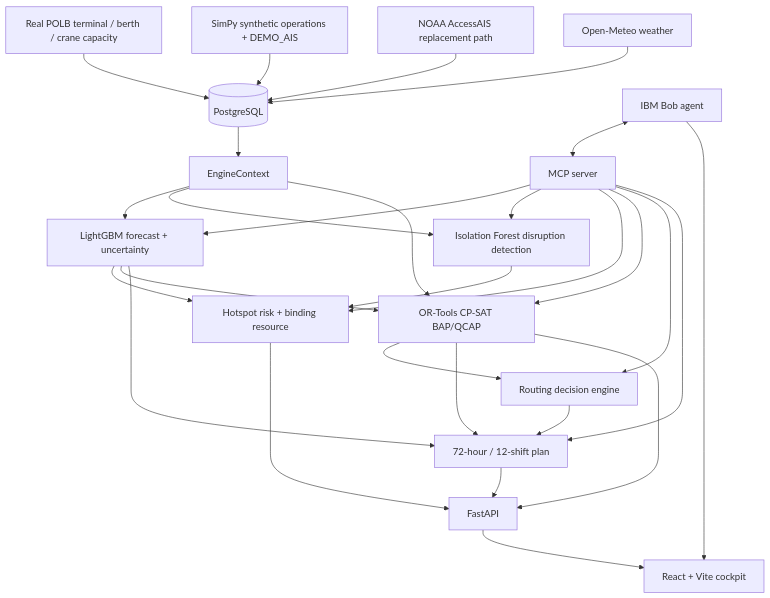
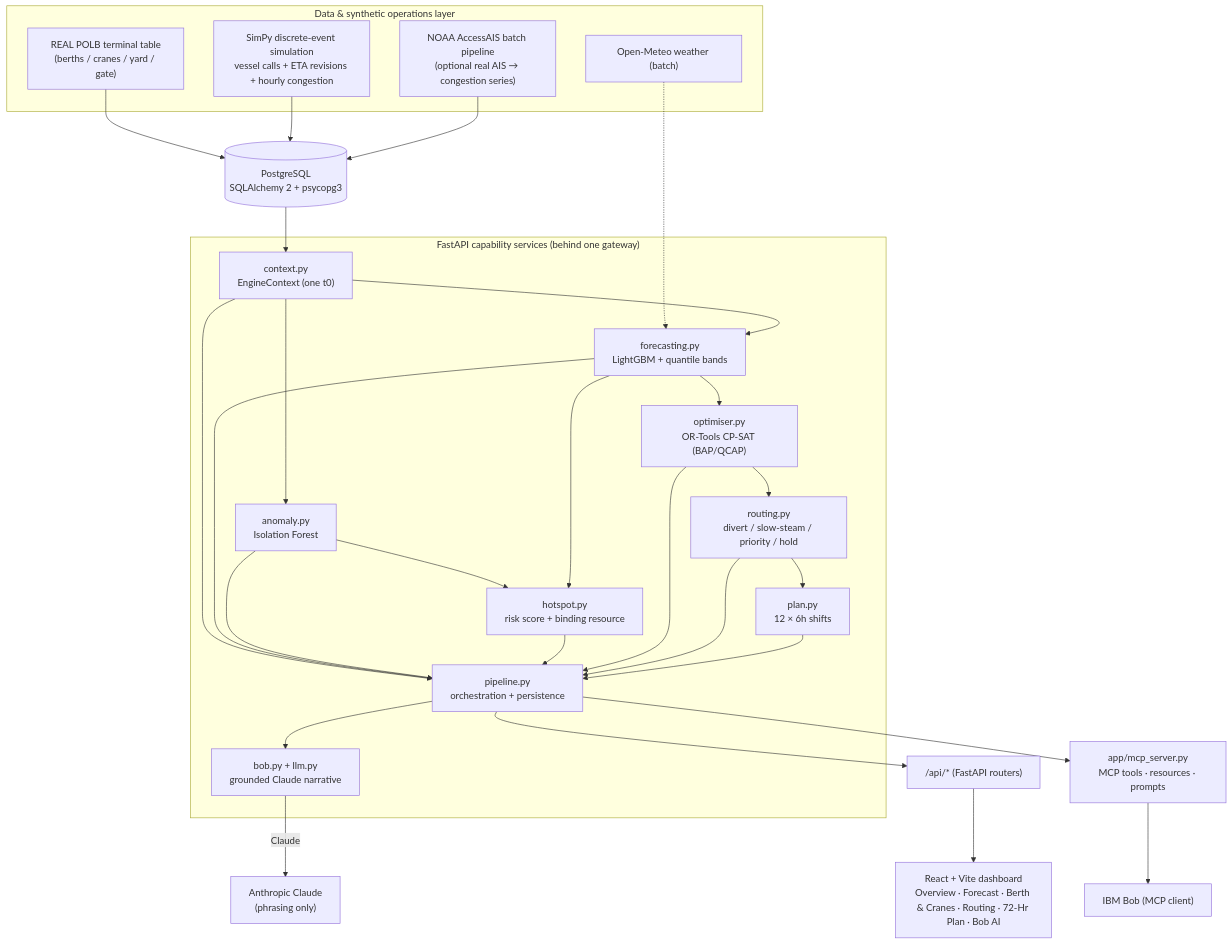
Before and after one commit to Aryan-B-Parikh/bob-ai-hackathon-elevatex: the diagram in docs/architecture.md, drawn with Mermaid. The commit also changed other lines of this file and 7 other files, not shown here.

Commit message:
chore: regenerate lockfile after removing Claude; update AUDIT.md, presentation/README.md, docs stale DEMO_AIS refs

````diff
--- a/docs/architecture.md
+++ b/docs/architecture.md
@@ -7,33 +9,47 @@
 ```mermaid
 flowchart TB
-    REF["Real POLB terminal / berth / crane capacity"] --> DB[("PostgreSQL")]
-    SIM["SimPy synthetic operations + DEMO_AIS"] --> DB
-    AIS["NOAA AccessAIS replacement path"] --> DB
-    WX["Open-Meteo weather"] --> DB
+    subgraph DATA["Data & synthetic operations layer"]
+        REF["REAL POLB terminal table<br/>(berths / cranes / yard / gate)"]
+        SIM["SimPy discrete-event simulation<br/>vessel calls + ETA revisions + hourly congestion"]
+        AIS["NOAA AccessAIS batch pipeline<br/>(optional real AIS → congestion series)"]
+        WX["Open-Meteo weather (batch)"]
+    end
 
-    DB --> CTX["EngineContext"]
-    CTX --> FC["LightGBM forecast + uncertainty"]
-    CTX --> AN["Isolation Forest disruption detection"]
-    FC --> HS["Hotspot risk + binding resource"]
-    AN --> HS
-    FC --> OPT["OR-Tools CP-SAT BAP/QCAP"]
-    CTX --> OPT
-    OPT --> RT["Routing decision engine"]
-    OPT --> PL["72-hour / 12-shift plan"]
-    RT --> PL
-    FC --> PL
+    DB[("PostgreSQL<br/>SQLAlchemy 2 + psycopg3")]
 
-    PL --> API["FastAPI"]
-    HS --> API
-    OPT --> API
-    API --> UI["React + Vite cockpit"]
+    subgraph SVC["FastAPI capability services (behind one gateway)"]
+        CTX["context.py<br/>EngineContext (one t0)"]
+        FC["forecasting.py<br/>LightGBM + quantile bands"]
+        AN["anomaly.py<br/>Isolation Forest"]
+        HS["hotspot.py<br/>risk score + binding resource"]
+        OPT["optimiser.py<br/>OR-Tools CP-SAT (BAP/QCAP)"]
+        RT["routing.py<br/>divert / slow-steam / priority / hold"]
+        PL["plan.py<br/>12 × 6h shifts"]
+        BOB["bob.py + llm.py<br/>grounded Claude narrative"]
+        PIPE["pipeline.py<br/>orchestration + persistence"]
+    end
 
-    MCP["MCP server"] --> FC
-    MCP --> AN
-    MCP --> HS
-    MCP --> OPT
-    MCP --> RT
-    MCP --> PL
-    BOB["IBM Bob agent"] <--> MCP
-    BOB --> UI
+    UI["React + Vite dashboard<br/>Overview · Forecast · Berth & Cranes · Routing · 72-Hr Plan · Bob AI"]
+
+    REF --> DB
+    SIM --> DB
+    AIS --> DB
+    WX -.-> FC
+    DB --> CTX --> FC
+    CTX --> AN --> HS
+    FC --> HS
+    FC --> OPT --> RT --> PL
+    CTX --> PIPE
+    FC --> PIPE
+    AN --> PIPE
+    HS --> PIPE
+    OPT --> PIPE
+    RT --> PIPE
+    PL --> PIPE
+    PIPE --> BOB
+    BOB -->|Claude| LLM["Anthropic Claude<br/>(phrasing only)"]
+    PIPE --> API["/api/* (FastAPI routers)"]
+    API --> UI
+    PIPE --> MCP["app/mcp_server.py<br/>MCP tools · resources · prompts"]
+    MCP --> BOBAGENT["IBM Bob (MCP client)"]
 ```
````
